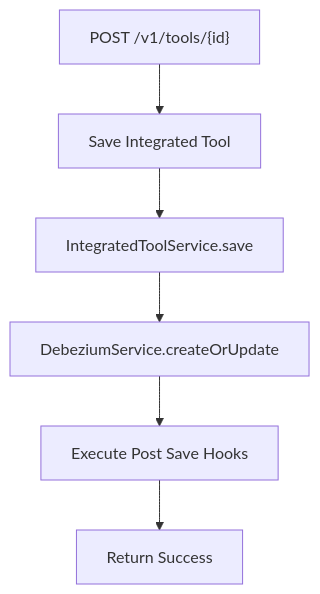
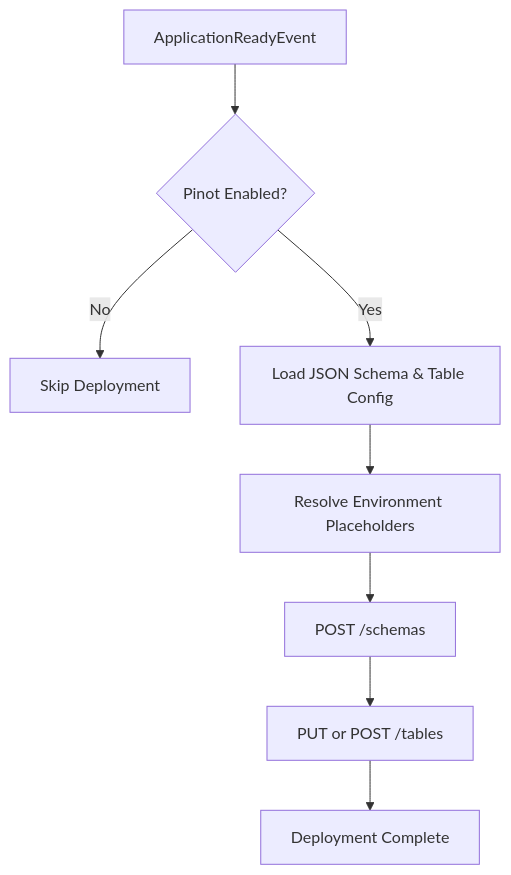
The second of 5 diagrams in docs/architecture/management-service-core/management-service-core.md (Praesto-Pro/openframe-oss-tenant), drawn with Mermaid before and after one commit. The commit also changed other lines of this file and 214 other files, not shown here.

````diff
--- a/docs/architecture/management-service-core/management-service-core.md
+++ b/docs/architecture/management-service-core/management-service-core.md
@@ -82,8 +108,10 @@
 ```mermaid
 flowchart TD
-    Request["POST /v1/tools/{id}"] --> SaveTool["Save Integrated Tool"]
-    SaveTool --> Persist["IntegratedToolService.save"]
-    Persist --> DebeziumUpdate["DebeziumService.createOrUpdate"]
-    DebeziumUpdate --> Hooks["Execute Post Save Hooks"]
-    Hooks --> Response["Return Success"]
+    AppReady["ApplicationReadyEvent"] --> CheckEnabled{"Pinot Enabled?"}
+    CheckEnabled -->|"No"| Stop["Skip Deployment"]
+    CheckEnabled -->|"Yes"| LoadResources["Load JSON Schema & Table Config"]
+    LoadResources --> Resolve["Resolve Environment Placeholders"]
+    Resolve --> DeploySchema["POST /schemas"]
+    DeploySchema --> DeployTable["PUT or POST /tables"]
+    DeployTable --> Success["Deployment Complete"]
 ```
````
